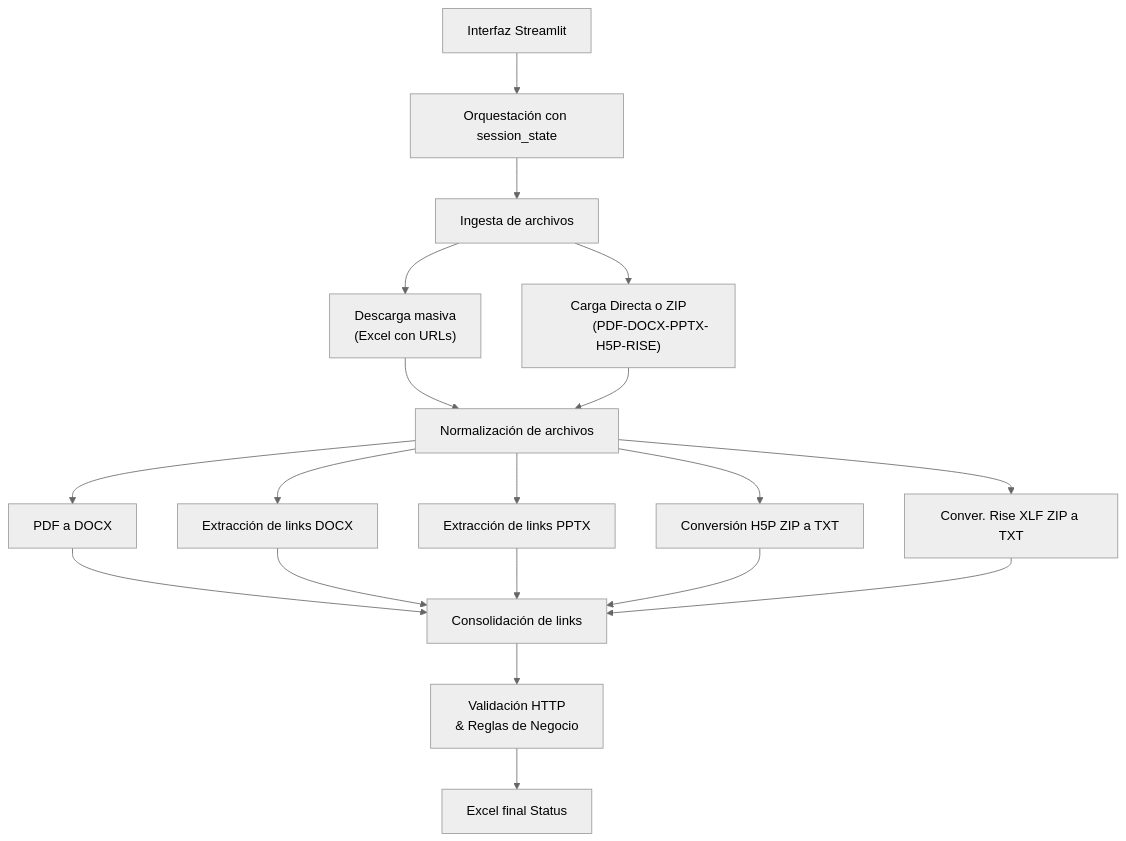
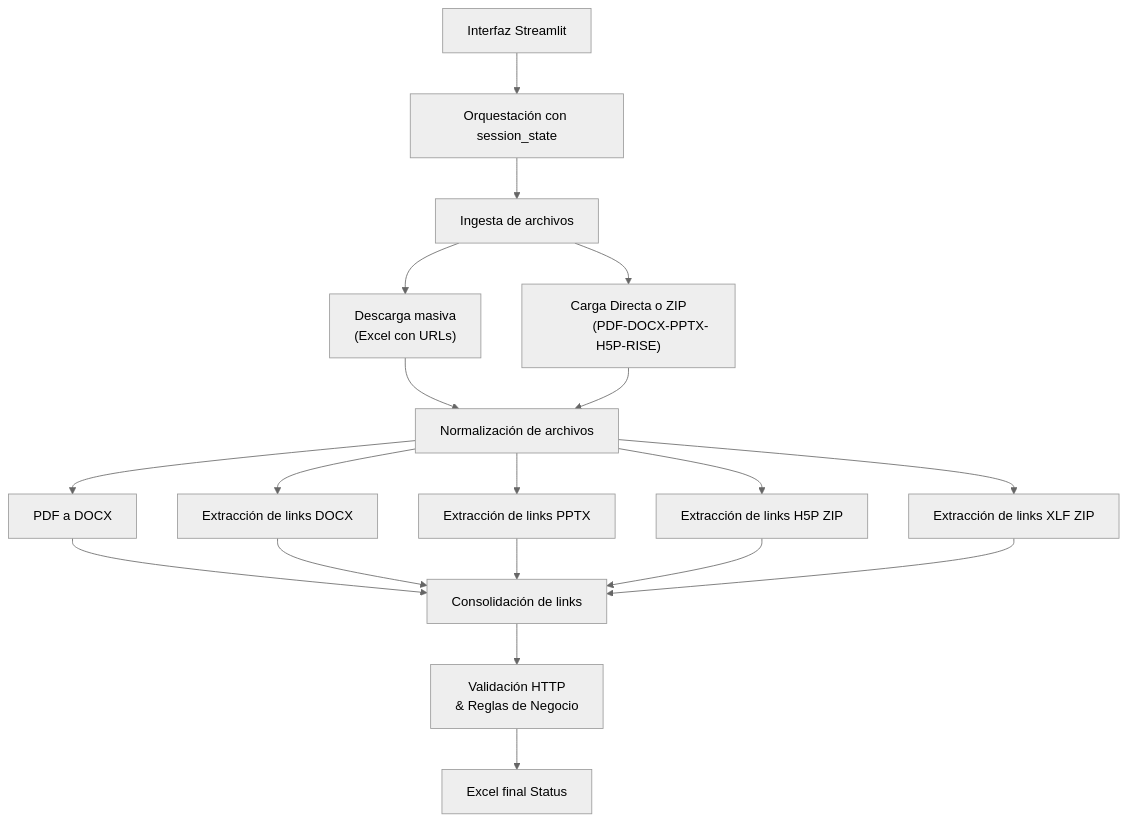
The diagram in README.md (joseluisantunezcondezo/UTP_Broken_Link_Checker), drawn with Mermaid (neutral theme) before and after one commit.

Commit message:
README.md

````diff
--- a/README.md
+++ b/README.md
@@ -180,24 +180,24 @@
 ```mermaid
 flowchart TD
     A["Interfaz Streamlit"] --> B["Orquestación con session_state"]
     B --> C["Ingesta de archivos"]
     C --> D1["Descarga masiva
               (Excel con URLs)"]
     C --> D2["Carga Directa o ZIP
             (PDF-DOCX-PPTX-H5P-RISE)"]
     D1 --> E["Normalización de archivos"]
     D2 --> E
     E --> F1["PDF a DOCX"]
     E --> F2["Extracción de links DOCX"]
     E --> F3[Extracción de links PPTX]
-    E --> F4[Conversión H5P ZIP a TXT]
-    E --> F5[Conver. Rise XLF ZIP a TXT]
+    E --> F4[Extracción de links H5P ZIP]
+    E --> F5[Extracción de links XLF ZIP]
     F1 --> G[Consolidación de links]
     F2 --> G
     F3 --> G
     F4 --> G
     F5 --> G
     G --> H["Validación HTTP
             & Reglas de Negocio"]
     H --> I[Excel final Status]
 ```
````
